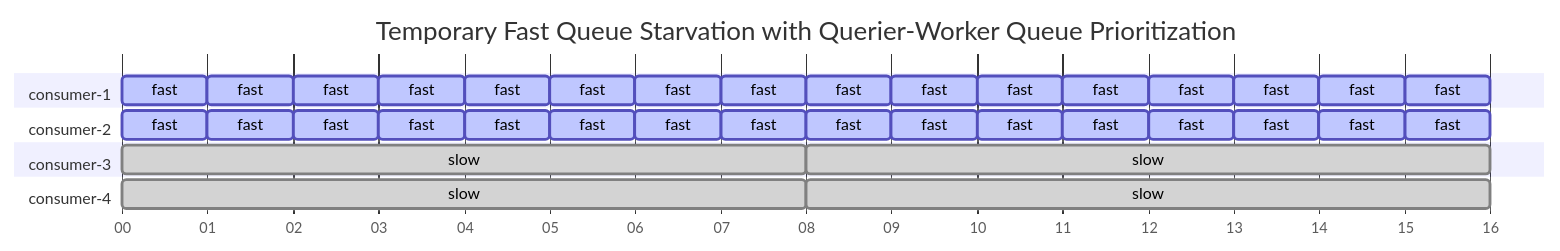
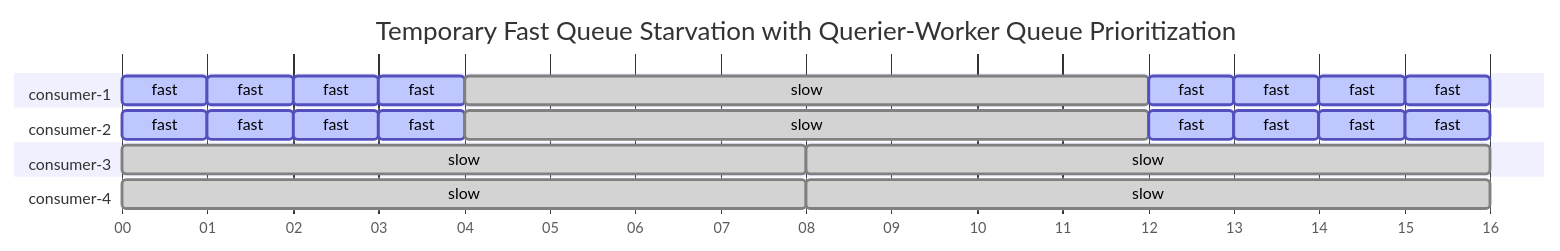
Before and after one commit to grafana/mimir: the fifth of 5 diagrams in pkg/scheduler/DESIGN.md, drawn with Mermaid.

Commit message:
diagram for temporary queue starvation

````diff
--- a/pkg/scheduler/DESIGN.md
+++ b/pkg/scheduler/DESIGN.md
@@ -504,60 +504,45 @@
 ```mermaid
 ---
 title: Temporary Fast Queue Starvation with Querier-Worker Queue Prioritization
 config:
   gantt:
     displayMode: compact
     numberSectionStyles: 2
   theme: default
 ---
 gantt
     dateFormat ss
     axisFormat %S
     tickInterval 1second
 
     section consumer-1
         fast        :active, c1-1, 00, 1s
         fast        :active, c1-2, 01, 1s
         fast        :active, c1-3, 02, 1s
         fast        :active, c1-4, 03, 1s
-        fast        :active, c1-5, 04, 1s
-        fast        :active, c1-6, 05, 1s
-        fast        :active, c1-7, 06, 1s
-        fast        :active, c1-8, 07, 1s
-        fast        :active, c1-9, 08, 1s
-        fast        :active, c1-10, 09, 1s
-        fast        :active, c1-11, 10, 1s
-        fast        :active, c1-12, 11, 1s
-        fast        :active, c1-13, 12, 1s
-        fast        :active, c1-14, 13, 1s
-        fast        :active, c1-15, 14, 1s
-        fast        :active, c1-16, 15, 1s
+        slow        :done, c1-5, 04, 8s
+        fast        :active, c1-6, 12, 1s
+        fast        :active, c1-7, 13, 1s
+        fast        :active, c1-8, 14, 1s
+        fast        :active, c1-9, 15, 1s
 
     section consumer-2
         fast        :active, c2-1, 00, 1s
         fast        :active, c2-2, 01, 1s
         fast        :active, c2-3, 02, 1s
         fast        :active, c2-4, 03, 1s
-        fast        :active, c2-5, 04, 1s
-        fast        :active, c2-6, 05, 1s
-        fast        :active, c2-7, 06, 1s
-        fast        :active, c2-8, 07, 1s
-        fast        :active, c2-9, 08, 1s
-        fast        :active, c2-10, 09, 1s
-        fast        :active, c2-11, 10, 1s
-        fast        :active, c2-12, 11, 1s
-        fast        :active, c2-13, 12, 1s
-        fast        :active, c2-14, 13, 1s
-        fast        :active, c2-15, 14, 1s
-        fast        :active, c2-16, 15, 1s
-
+        slow        :done, c2-5, 04, 8s
+        fast        :active, c2-6, 12, 1s
+        fast        :active, c2-7, 13, 1s
+        fast        :active, c2-8, 14, 1s
+        fast        :active, c2-9, 15, 1s
 
     section consumer-3
         slow        :done, c3-1, 00, 8s
         slow        :done, c3-2, 08, 8s
 
     section consumer-4
         slow        :done, c4-1, 00, 8s
         slow        :done, c4-2, 08, 8s
 
 ```
````
